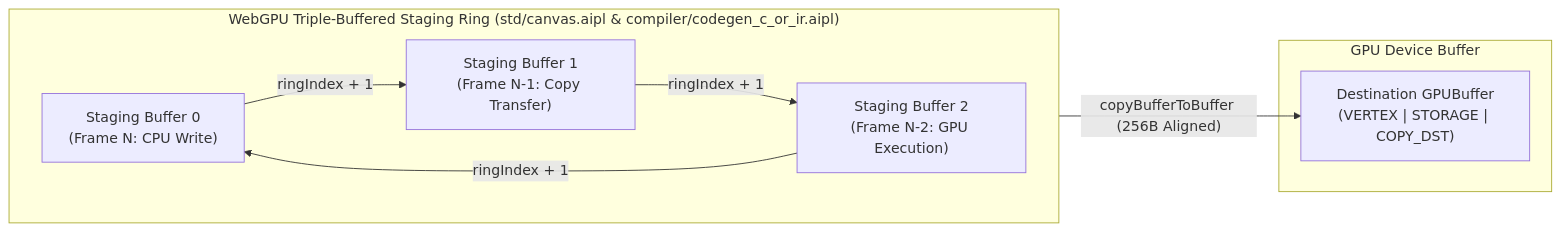
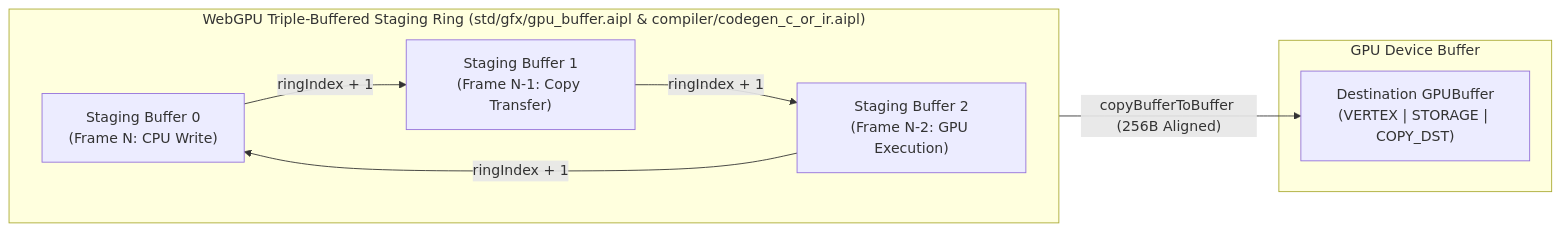
The third of 9 diagrams in docs/MEMORY_MODEL.md (forart82/aipl), drawn with Mermaid before and after one commit. The commit also changed other lines of this file and 23 other files, not shown here.

````diff
--- a/docs/MEMORY_MODEL.md
+++ b/docs/MEMORY_MODEL.md
@@ -143,19 +143,19 @@
 ```mermaid
 flowchart LR
-    subgraph StagingRing ["WebGPU Triple-Buffered Staging Ring (std/canvas.aipl & compiler/codegen_c_or_ir.aipl)"]
+    subgraph StagingRing ["WebGPU Triple-Buffered Staging Ring (std/gfx/gpu_buffer.aipl & compiler/codegen_c_or_ir.aipl)"]
         direction LR
         Slot0["Staging Buffer 0\n(Frame N: CPU Write)"]
         Slot1["Staging Buffer 1\n(Frame N-1: Copy Transfer)"]
         Slot2["Staging Buffer 2\n(Frame N-2: GPU Execution)"]
 
         Slot0 -->|ringIndex + 1| Slot1
         Slot1 -->|ringIndex + 1| Slot2
         Slot2 -->|ringIndex + 1| Slot0
     end
 
     subgraph GPU_Dest ["GPU Device Buffer"]
         GPUBuffer["Destination GPUBuffer\n(VERTEX | STORAGE | COPY_DST)"]
     end
 
     Slot1 -->|"copyBufferToBuffer (256B Aligned)"| GPUBuffer
 ```
````
